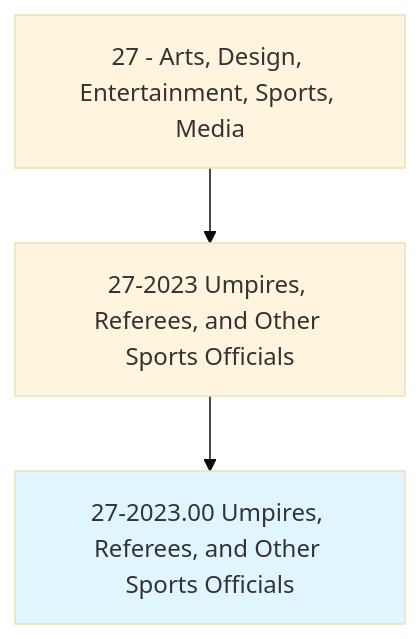
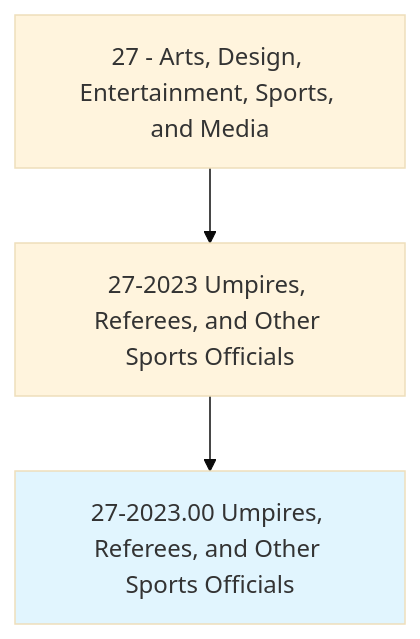
Before and after one commit to kziemski/business.org.ai: the first of 4 diagrams in occupations/ArtsMedia/UmpiresRefereesAndOtherSportsOfficials.mdx, drawn with Mermaid (base theme). The commit also changed other lines of this file and 938 other files, not shown here.

````diff
--- a/occupations/ArtsMedia/UmpiresRefereesAndOtherSportsOfficials.mdx
+++ b/occupations/ArtsMedia/UmpiresRefereesAndOtherSportsOfficials.mdx
@@ -19,6 +23,6 @@
 ```mermaid
 graph TD
-    Cat27["27 - Arts, Design, Entertainment, Sports, Media"] --> Group272023["27-2023 Umpires, Referees, and Other Sports Officials"]
+    Cat27["27 - Arts, Design, Entertainment, Sports, and Media"] --> Group272023["27-2023 Umpires, Referees, and Other Sports Officials"]
     Group272023 --> Current["27-2023.00 Umpires, Referees, and Other Sports Officials"]
     style Current fill:#e1f5fe
 ```
````
